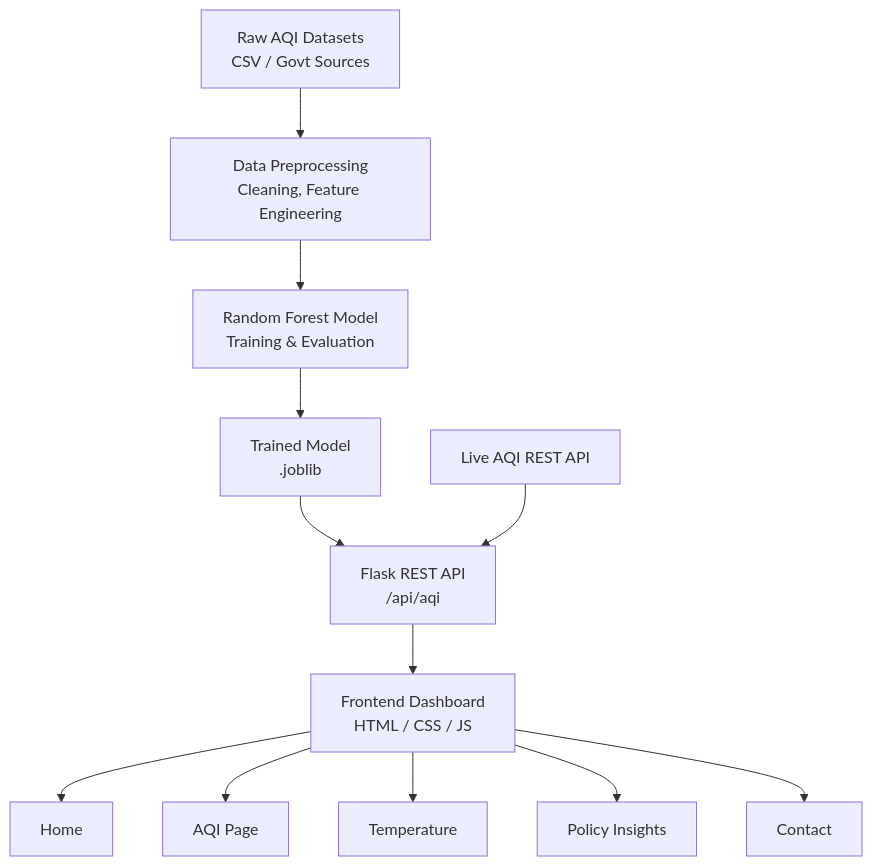
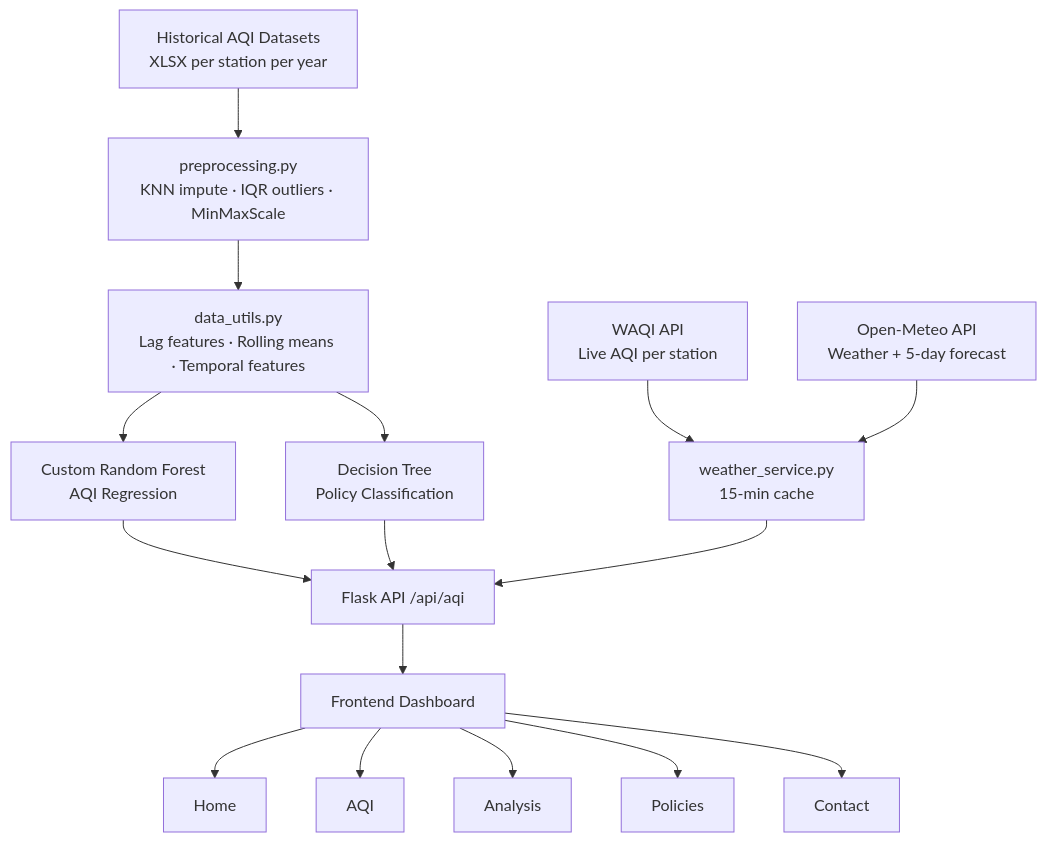
One commit to nishika070/ecoaware changed the diagram in README.md. Above: the diagram before and after it, drawn with Mermaid. The commit also changed other lines of this file, not shown here.

````diff
--- a/README.md
+++ b/README.md
@@ -11,14 +11,18 @@
 ```mermaid
 flowchart TD
-    A[Raw AQI Datasets\nCSV / Govt Sources] --> B[Data Preprocessing\nCleaning, Feature Engineering]
-    B --> C[Random Forest Model\nTraining & Evaluation]
-    C --> D[Trained Model\n.joblib]
-    D --> E[Flask REST API\n/api/aqi]
-    F[Live AQI REST API] --> E
-    E --> G[Frontend Dashboard\nHTML / CSS / JS]
-    G --> H1[Home]
-    G --> H2[AQI Page]
-    G --> H3[Temperature]
-    G --> H4[Policy Insights]
-    G --> H5[Contact]
+    A[Historical AQI Datasets\nXLSX per station per year] --> B[preprocessing.py\nKNN impute · IQR outliers · MinMaxScale]
+    B --> C[data_utils.py\nLag features · Rolling means · Temporal features]
+    C --> D1[Custom Random Forest\nAQI Regression]
+    C --> D2[Decision Tree\nPolicy Classification]
+    D1 --> E[Flask API /api/aqi]
+    D2 --> E
+    F1[WAQI API\nLive AQI per station] --> G[weather_service.py\n15-min cache]
+    F2[Open-Meteo API\nWeather + 5-day forecast] --> G
+    G --> E
+    E --> H[Frontend Dashboard]
+    H --> P1[Home]
+    H --> P2[AQI]
+    H --> P3[Analysis]
+    H --> P4[Policies]
+    H --> P5[Contact]
 ```
````
